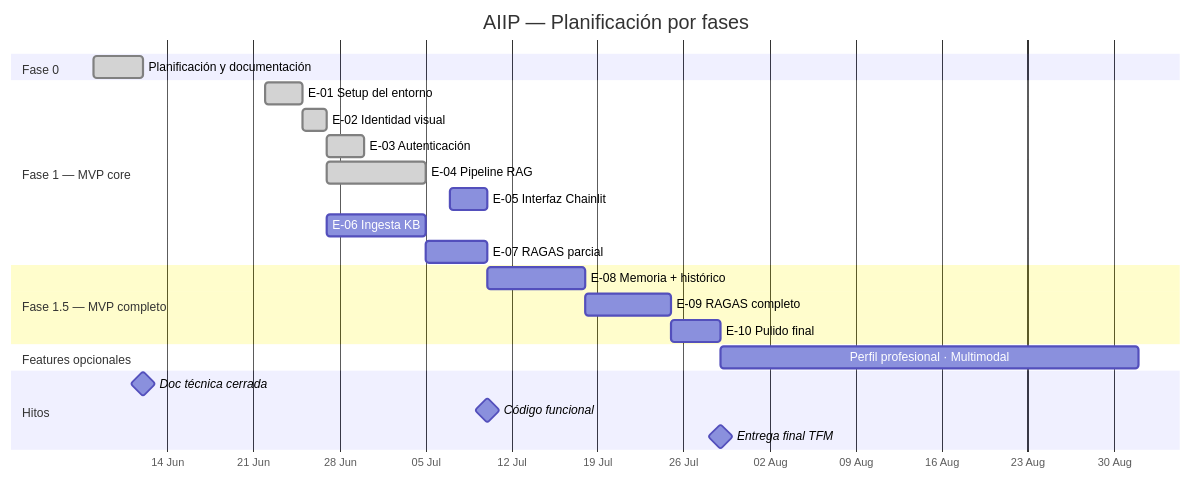
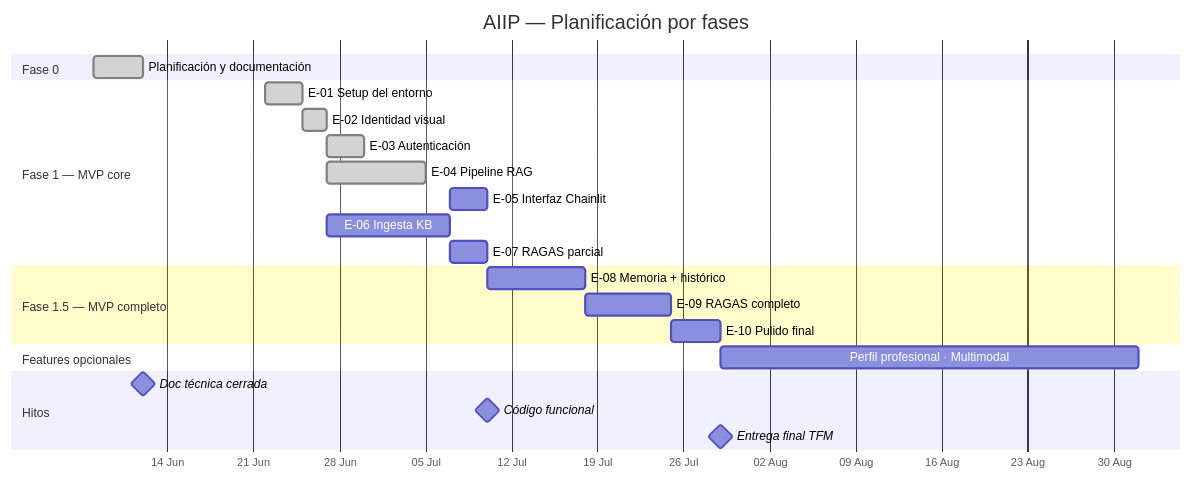
Before and after one commit to mimpho/aiip: the diagram in README.md, drawn with Mermaid. The commit also changed other lines of this file and 12 other files, not shown here.

````diff
--- a/README.md
+++ b/README.md
@@ -60,31 +60,31 @@
 ```mermaid
 gantt
     title AIIP — Planificación por fases
     dateFormat  YYYY-MM-DD
     axisFormat  %d %b
 
     section Fase 0
     Planificación y documentación     :done,    f0, 2026-06-08, 2026-06-12
 
     section Fase 1 — MVP core
     E-01 Setup del entorno            :done,    e01, 2026-06-22, 2026-06-25
     E-02 Identidad visual             :done,    e02, 2026-06-25, 2026-06-27
     E-03 Autenticación                :done,    e03, 2026-06-27, 2026-06-30
     E-04 Pipeline RAG                 :done,    e04, 2026-06-27, 2026-07-05
     E-05 Interfaz Chainlit            :         e05, 2026-07-07, 2026-07-10
-    E-06 Ingesta KB                   :         e06, 2026-06-27, 2026-07-05
-    E-07 RAGAS parcial                :         e07, 2026-07-05, 2026-07-10
+    E-06 Ingesta KB                   :         e06, 2026-06-27, 2026-07-07
+    E-07 RAGAS parcial                :         e07, 2026-07-07, 2026-07-10
 
     section Fase 1.5 — MVP completo
     E-08 Memoria + histórico          :         e08, 2026-07-10, 2026-07-18
     E-09 RAGAS completo               :         e09, 2026-07-18, 2026-07-25
     E-10 Pulido final                 :         e10, 2026-07-25, 2026-07-29
 
     section Features opcionales
     Perfil profesional · Multimodal   :         fo, 2026-07-29, 2026-09-01
 
     section Hitos
     Doc técnica cerrada               :milestone, 2026-06-12, 0d
     Código funcional                  :milestone, 2026-07-10, 0d
     Entrega final TFM                 :milestone, 2026-07-29, 0d
 ```
````
